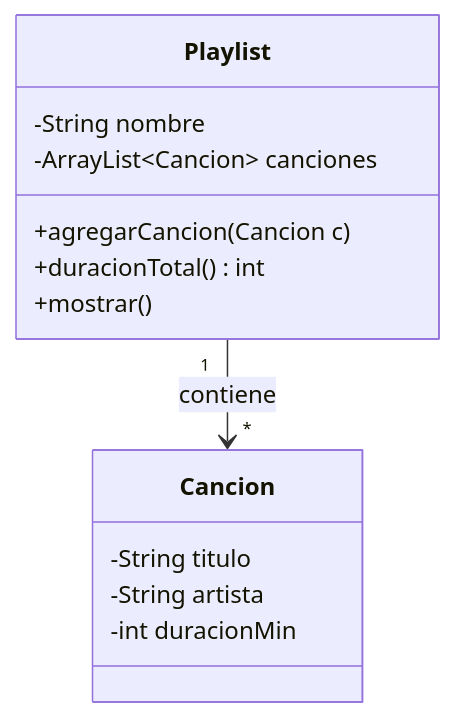
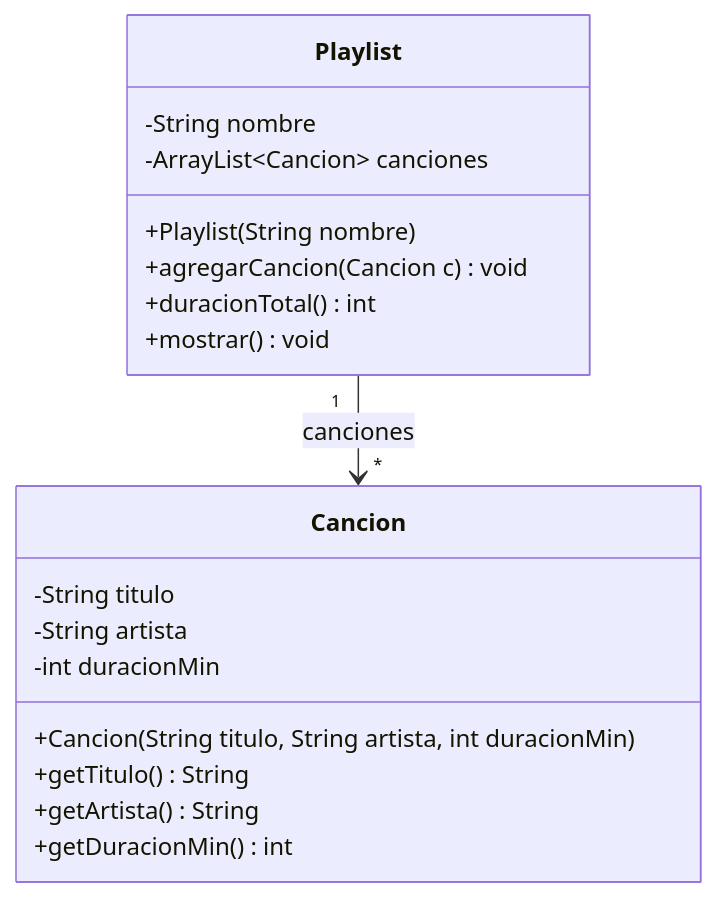
One commit to CursosProgramacionEP/USIL_SEMANA09 changed the second of 6 diagrams in EJERCICIOS_CLASE.md. Above: the diagram before and after it, drawn with Mermaid. The commit also changed other lines of this file, not shown here.

Commit message:
Prácticas: diagramas UML completos (atributos, constructores, getters y métodos)

````diff
--- a/EJERCICIOS_CLASE.md
+++ b/EJERCICIOS_CLASE.md
@@ -59,16 +64,21 @@
 ```mermaid
 classDiagram
     class Playlist {
         -String nombre
         -ArrayList~Cancion~ canciones
-        +agregarCancion(Cancion c)
+        +Playlist(String nombre)
+        +agregarCancion(Cancion c) void
         +duracionTotal() int
-        +mostrar()
+        +mostrar() void
     }
     class Cancion {
         -String titulo
         -String artista
         -int duracionMin
+        +Cancion(String titulo, String artista, int duracionMin)
+        +getTitulo() String
+        +getArtista() String
+        +getDuracionMin() int
     }
-    Playlist "1" --> "*" Cancion : contiene
+    Playlist "1" --> "*" Cancion : canciones
 ```
````
